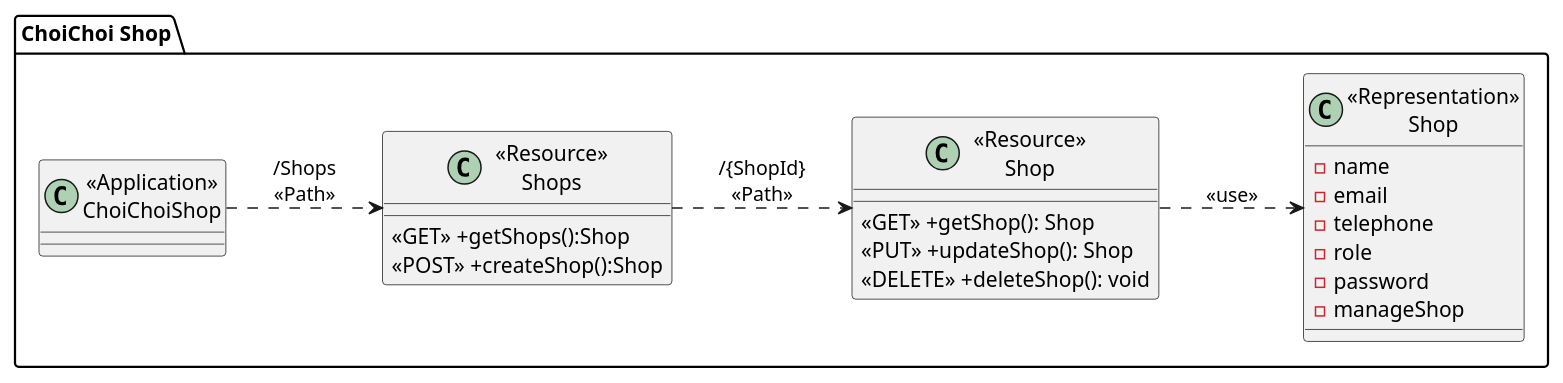
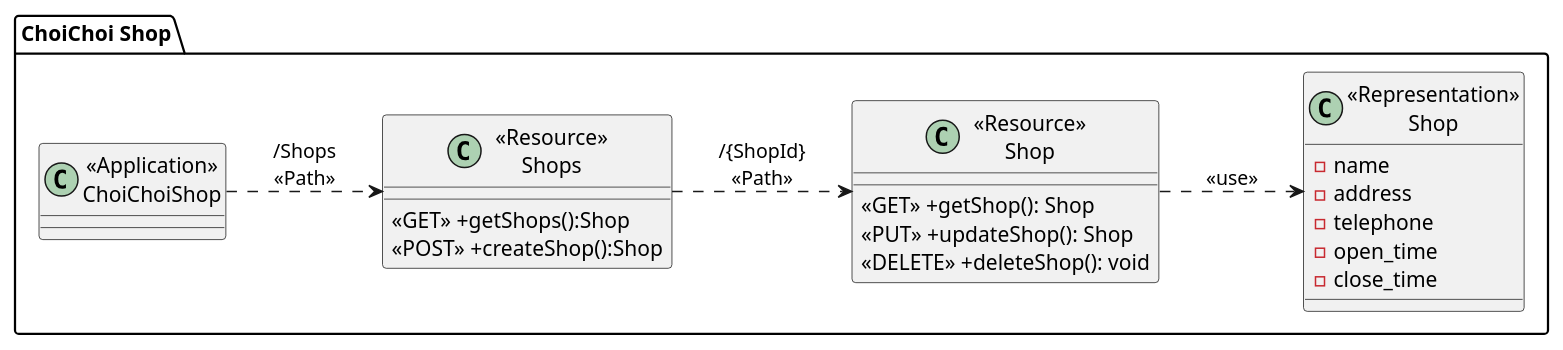
The diagram in diagram/ShopClass.puml (2110503TACEDT66/presentation-day-1-choichoi), drawn with PlantUML before and after one commit.

```diff
--- a/diagram/ShopClass.puml
+++ b/diagram/ShopClass.puml
@@ -1,34 +1,33 @@
 @startuml
 left to right direction
 package "ChoiChoi Shop"{
     class "<<Application>>\nChoiChoiShop" as ChoiChoiService{}
 
     class "<<Resource>>\nShops" as ResourceShops{
         <<GET>> +getShops():Shop
         <<POST>> +createShop():Shop
     }
 
     class "<<Resource>>\nShop" as ResourceShop {
         <<GET>> +getShop(): Shop
         <<PUT>> +updateShop(): Shop
         <<DELETE>> +deleteShop(): void
     }
 
     class "<<Representation>>\nShop" as RepresentationShop {
         -name
-        -email
+        -address
         -telephone
-        -role
-        -password
-        -manageShop
+        -open_time
+        -close_time
     }
 
 }
 
 ChoiChoiService ..> ResourceShops:"/Shops\n<<Path>>"
 ResourceShops ..> ResourceShop: "/{ShopId}\n<<Path>>"
 ResourceShop ..> RepresentationShop: "<<use>>"
 
 
 
 @enduml
```
